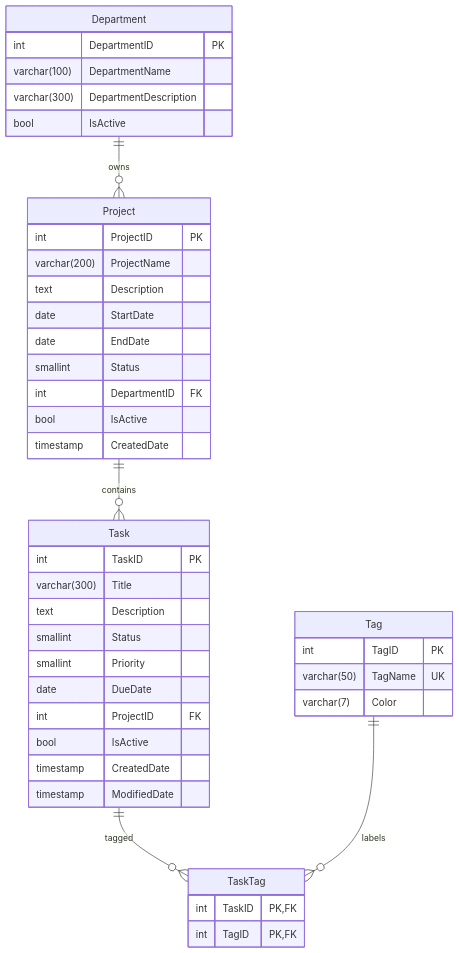
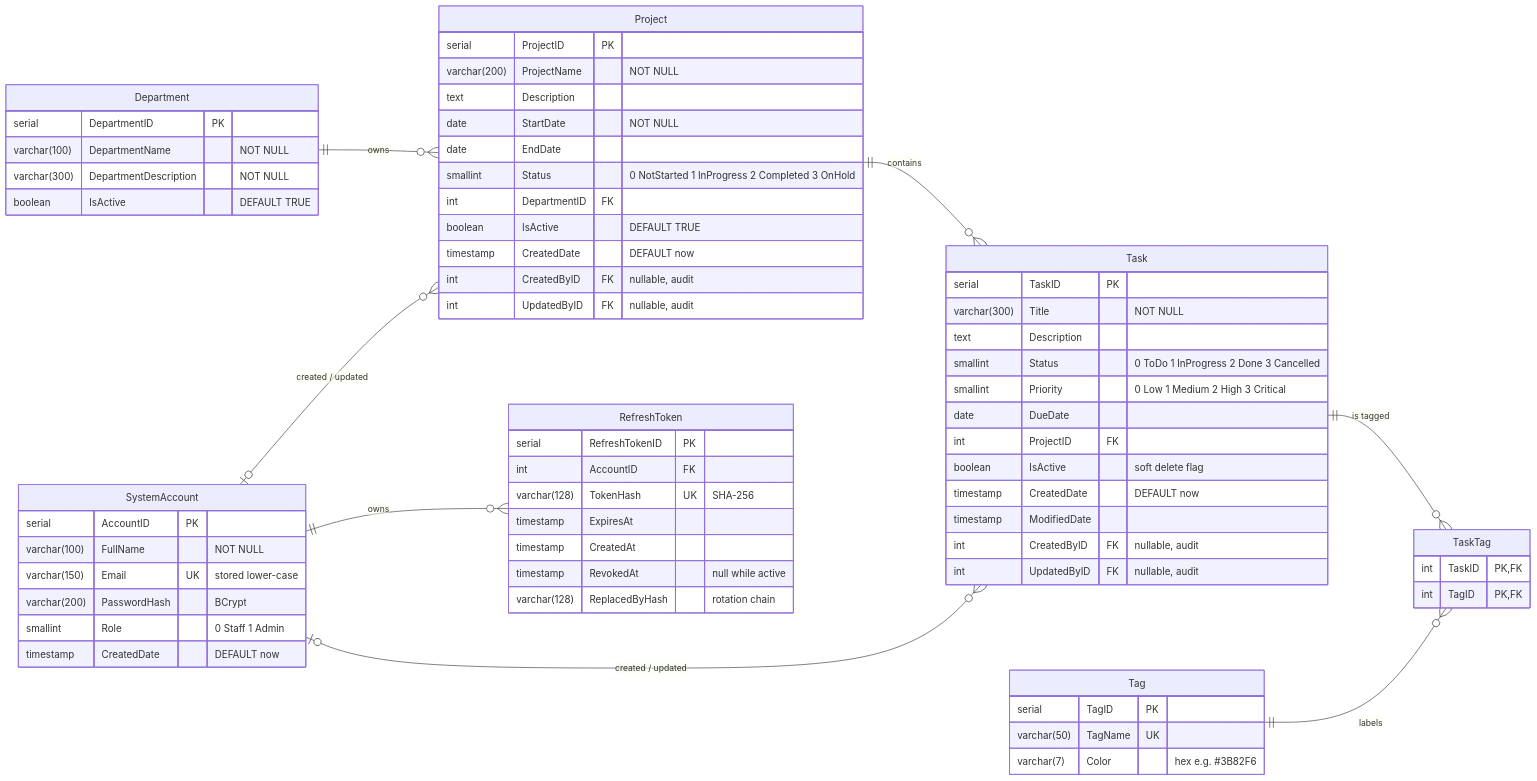
One commit to kaine45-cyber/Assignment_PRN232_PhanVanLoc_QE190160 changed the first of 2 diagrams in backend/README.md. Above: the diagram before and after it, drawn with Mermaid. The commit also changed other lines of this file and 11 other files, not shown here.

Commit message:
docs: update README, ERD, screenshots and env examples for Assignment 2

````diff
--- a/backend/README.md
+++ b/backend/README.md
@@ -69,46 +74,71 @@
 ```mermaid
 erDiagram
-    Department ||--o{ Project : owns
-    Project ||--o{ Task : contains
-    Task ||--o{ TaskTag : tagged
-    Tag ||--o{ TaskTag : labels
+    direction LR
+    Department ||--o{ Project : "owns"
+    Project ||--o{ Task : "contains"
+    Task ||--o{ TaskTag : "is tagged"
+    Tag ||--o{ TaskTag : "labels"
+    SystemAccount |o--o{ Task : "created / updated"
+    SystemAccount |o--o{ Project : "created / updated"
+    SystemAccount ||--o{ RefreshToken : "owns"
 
     Department {
-        int DepartmentID PK
-        varchar(100) DepartmentName
-        varchar(300) DepartmentDescription
-        bool IsActive
+        serial DepartmentID PK
+        varchar(100) DepartmentName "NOT NULL"
+        varchar(300) DepartmentDescription "NOT NULL"
+        boolean IsActive "DEFAULT TRUE"
     }
     Project {
-        int ProjectID PK
-        varchar(200) ProjectName
+        serial ProjectID PK
+        varchar(200) ProjectName "NOT NULL"
         text Description
-        date StartDate
+        date StartDate "NOT NULL"
         date EndDate
-        smallint Status
+        smallint Status "0 NotStarted 1 InProgress 2 Completed 3 OnHold"
         int DepartmentID FK
-        bool IsActive
-        timestamp CreatedDate
+        boolean IsActive "DEFAULT TRUE"
+        timestamp CreatedDate "DEFAULT now"
+        int CreatedByID FK "nullable, audit"
+        int UpdatedByID FK "nullable, audit"
     }
     Task {
-        int TaskID PK
-        varchar(300) Title
+        serial TaskID PK
+        varchar(300) Title "NOT NULL"
         text Description
-        smallint Status
-        smallint Priority
+        smallint Status "0 ToDo 1 InProgress 2 Done 3 Cancelled"
+        smallint Priority "0 Low 1 Medium 2 High 3 Critical"
         date DueDate
         int ProjectID FK
-        bool IsActive
-        timestamp CreatedDate
+        boolean IsActive "soft delete flag"
+        timestamp CreatedDate "DEFAULT now"
         timestamp ModifiedDate
+        int CreatedByID FK "nullable, audit"
+        int UpdatedByID FK "nullable, audit"
     }
     Tag {
-        int TagID PK
+        serial TagID PK
         varchar(50) TagName UK
-        varchar(7) Color
+        varchar(7) Color "hex e.g. #3B82F6"
     }
     TaskTag {
         int TaskID PK,FK
         int TagID PK,FK
     }
+    SystemAccount {
+        serial AccountID PK
+        varchar(100) FullName "NOT NULL"
+        varchar(150) Email UK "stored lower-case"
+        varchar(200) PasswordHash "BCrypt"
+        smallint Role "0 Staff 1 Admin"
+        timestamp CreatedDate "DEFAULT now"
+    }
+    RefreshToken {
+        serial RefreshTokenID PK
+        int AccountID FK
+        varchar(128) TokenHash UK "SHA-256"
+        timestamp ExpiresAt
+        timestamp CreatedAt
+        timestamp RevokedAt "null while active"
+        varchar(128) ReplacedByHash "rotation chain"
+    }
 ```
````
